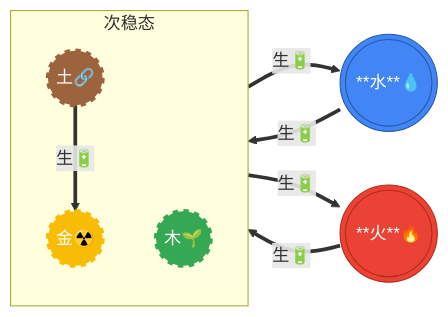
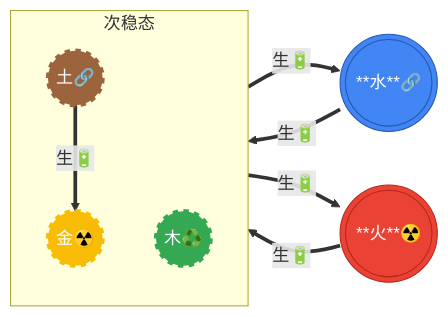
One commit to ChenyangGao/adventures-of-super-ye changed diagram 25 of 42 in 015-不凡惊悟/readme.md. Above: the diagram before and after it, drawn with Mermaid. The commit also changed other lines of this file and 135 other files, not shown here.

````diff
--- a/015-不凡惊悟/readme.md
+++ b/015-不凡惊悟/readme.md
@@ -814,24 +927,24 @@
 ```mermaid  
 graph LR  
-    火((("**火**🔥"))):::fire  
-    水((("**水**💧"))):::water  
+    火((("**火**☢️"))):::fire  
+    水((("**水**🔗"))):::water  
 
     subgraph "次稳态"  
         direction TB  
         土(("土🔗")):::earth  
         金(("金☢️")):::gold  
-        木(("木🌱")):::wood  
+        木(("木♻️")):::wood  
     end  
 
     火 ==>|生🔋| 土  
     土 ==>|生🔋| 金  
     金 ==>|生🔋| 水  
     水 ==>|生🔋| 木  
     木 ==>|生🔋| 火  
 
     classDef fire fill:#ea4335,stroke:#b8261a,color:#fff  
     classDef water fill:#4285f4,stroke:#2557ad,color:#fff  
     classDef wood fill:#34a853,color:#fff,stroke:#34a853,stroke-width:4px,stroke-dasharray: 5 5  
         classDef earth fill:#9b643d,color:#fff,stroke:#9b643d,stroke-width:4px,stroke-dasharray: 5 5  
     classDef gold fill:#f9bc05,color:#fff,stroke:#f9bc05,stroke-width:4px,stroke-dasharray: 5 5  
 ```  
````
